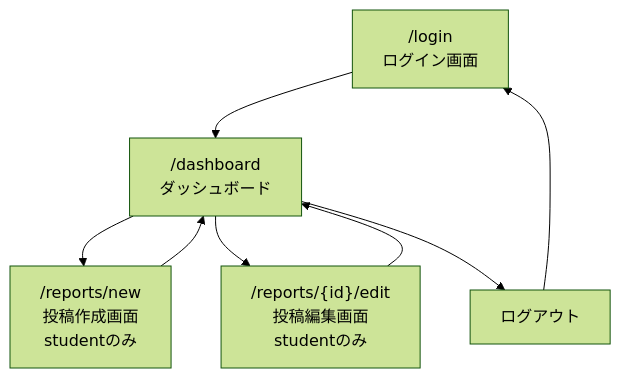
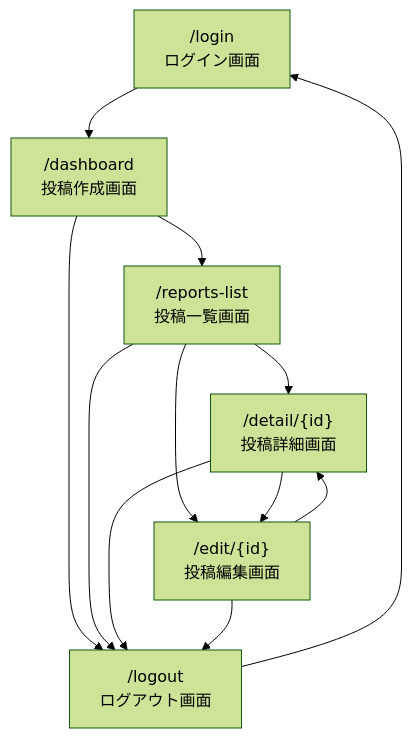
The first of 4 diagrams in project-TeamC/docs/画面設計.md (KomaSunny/learning-progress-tracker), drawn with Mermaid (forest theme) before and after one commit. The commit also changed other lines of this file and 19 other files, not shown here.

````diff
--- a/project-TeamC/docs/画面設計.md
+++ b/project-TeamC/docs/画面設計.md
@@ -24,10 +26,14 @@
 ```mermaid
 flowchart TD
-  A["/login<br>ログイン画面"] --> B["/dashboard<br>ダッシュボード"]
-  B --> C["/reports/new<br>投稿作成画面<br>studentのみ"]
-  B --> D["/reports/{id}/edit<br>投稿編集画面<br>studentのみ"]
-  C --> B
-  D --> B
-  B --> E["ログアウト"]
-  E --> A
+  A["/login<br>ログイン画面"] --> B["/dashboard<br>投稿作成画面"]
+  B --> C["/reports-list<br>投稿一覧画面"]
+  C --> D["/detail/{id}<br>投稿詳細画面"]
+  C --> E["/edit/{id}<br>投稿編集画面"]
+  D --> E
+  E --> D
+  B --> F["/logout<br>ログアウト画面"]
+  C --> F
+  D --> F
+  E --> F
+  F --> A
 ```
````
